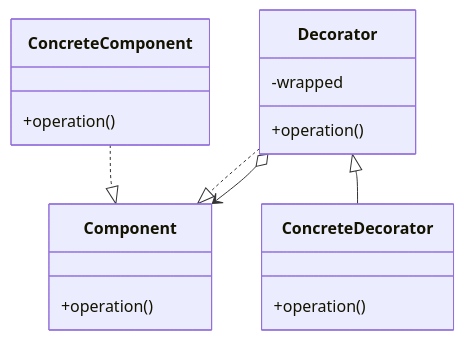
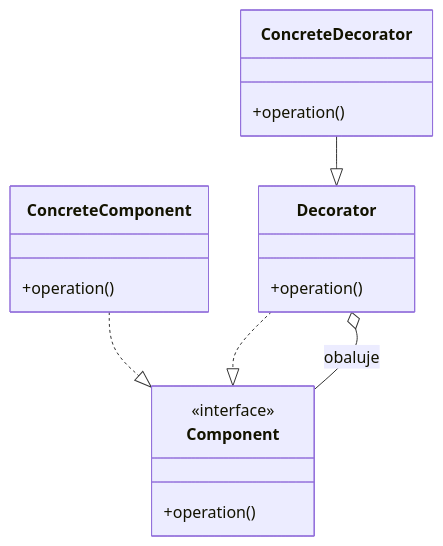
Before and after one commit to Veselyy/VUT-school: the second of 4 diagrams in IPP/otazky.md, drawn with Mermaid. The commit also changed other lines of this file and 12 other files, not shown here.

````diff
--- a/IPP/otazky.md
+++ b/IPP/otazky.md
@@ -75,20 +65,16 @@
 ```mermaid
 classDiagram
-    class Component {
-        +operation()
-    }
-    class ConcreteComponent {
-        +operation()
-    }
-    class Decorator {
-        -wrapped
-        +operation()
-    }
-    class ConcreteDecorator {
-        +operation()
-    }
+    class Component
+    class ConcreteComponent
+    class Decorator
+    class ConcreteDecorator
+    <<interface>> Component
+    Component : +operation()
+    ConcreteComponent : +operation()
+    Decorator : +operation()
+    ConcreteDecorator : +operation()
     ConcreteComponent ..|> Component
     Decorator ..|> Component
-    Decorator <|-- ConcreteDecorator
-    Decorator o--> Component
+    Decorator o-- Component : obaluje
+    ConcreteDecorator --|> Decorator
 ```
````
